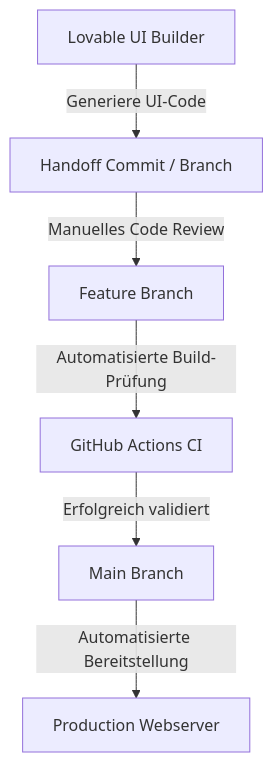
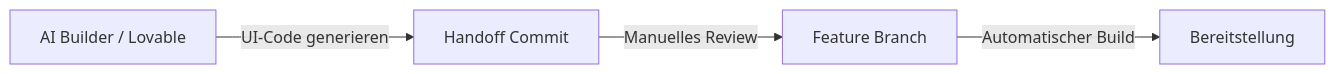
One commit to BGA360/bridgenta-portfolio changed the diagram in src/content/projects/bridgenta.md. Above: the diagram before and after it, drawn with Mermaid. The commit also changed other lines of this file and 5 other files, not shown here.

````diff
--- a/src/content/projects/bridgenta.md
+++ b/src/content/projects/bridgenta.md
@@ -27,8 +60,6 @@
 ```mermaid
-graph TD
-    AI[Lovable UI Builder] -->|Generiere UI-Code| Handoff[Handoff Commit / Branch]
-    Handoff -->|Manuelles Code Review| Feature[Feature Branch]
-    Feature -->|Automatisierte Build-Prüfung| CI[GitHub Actions CI]
-    CI -->|Erfolgreich validiert| Main[Main Branch]
-    Main -->|Automatisierte Bereitstellung| Prod[Production Webserver]
+graph LR
+    AI[AI Builder / Lovable] -->|UI-Code generieren| Handoff[Handoff Commit]
+    Handoff -->|Manuelles Review| Git[Feature Branch]
+    Git -->|Automatischer Build| Deploy[Bereitstellung]
 ```
````
